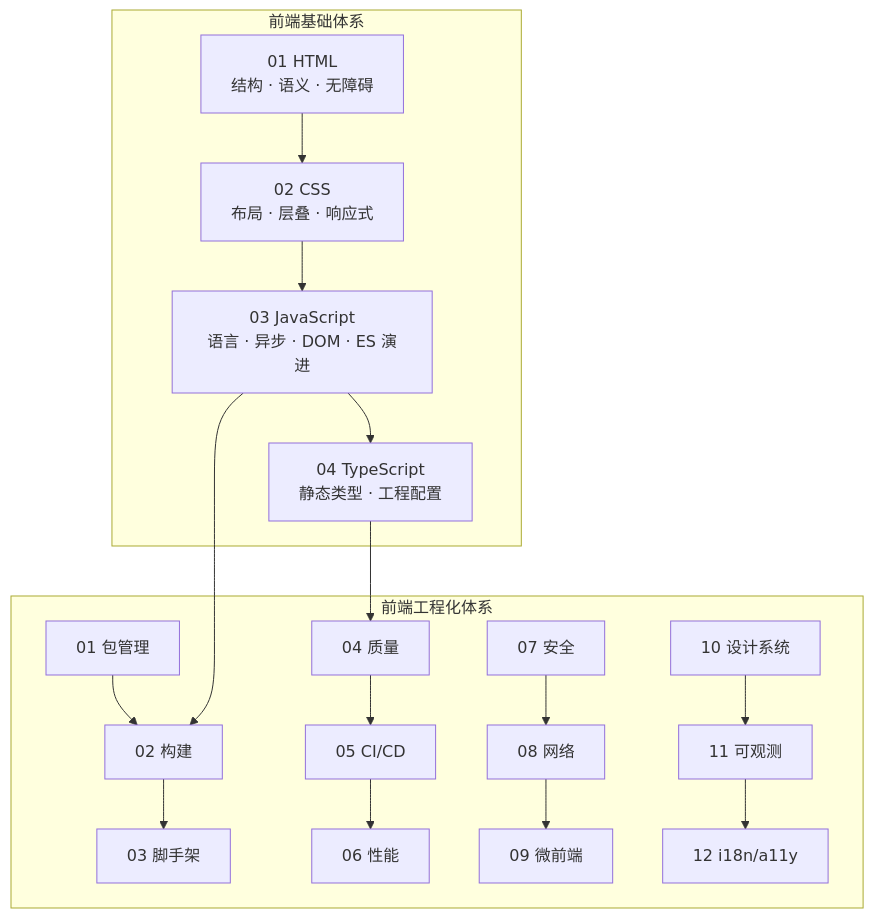
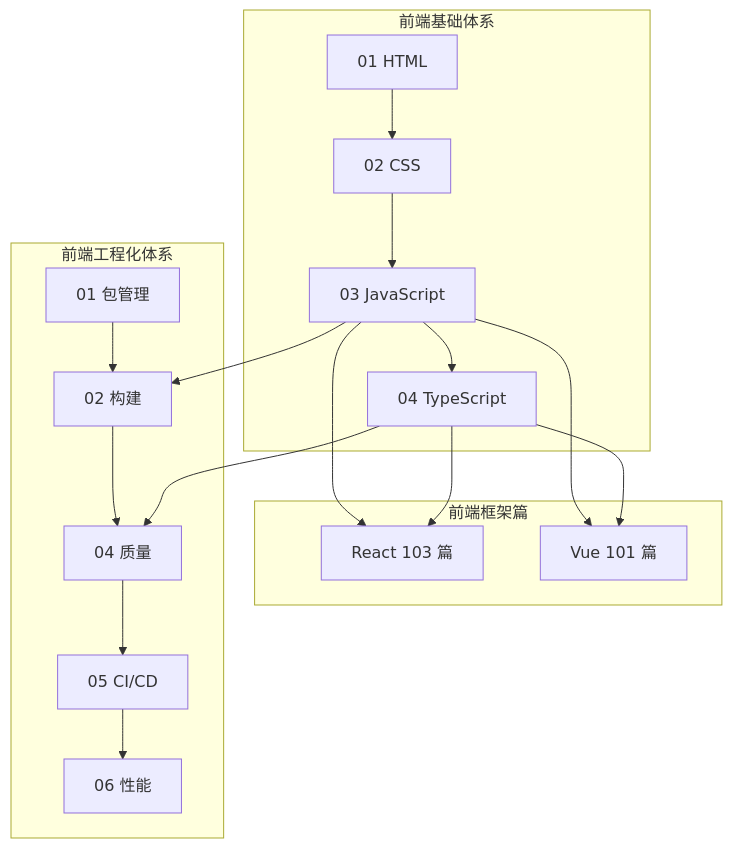
One commit to YancyZ/Knowledge-base changed the diagram in README.md. Above: the diagram before and after it, drawn with Mermaid. The commit also changed other lines of this file and 224 other files, not shown here.

````diff
--- a/README.md
+++ b/README.md
@@ -20,18 +43,26 @@
 ```mermaid
 flowchart TB
   subgraph base [前端基础体系]
-    HTML[01 HTML<br/>结构 · 语义 · 无障碍]
-    CSS[02 CSS<br/>布局 · 层叠 · 响应式]
-    JS[03 JavaScript<br/>语言 · 异步 · DOM · ES 演进]
-    TS[04 TypeScript<br/>静态类型 · 工程配置]
+    HTML[01 HTML]
+    CSS[02 CSS]
+    JS[03 JavaScript]
+    TS[04 TypeScript]
     HTML --> CSS --> JS --> TS
   end
+  subgraph fw [前端框架篇]
+    R[React 103 篇]
+    V[Vue 101 篇]
+  end
   subgraph eng [前端工程化体系]
-    PKG[01 包管理] --> BUILD[02 构建] --> SCAF[03 脚手架]
-    QUAL[04 质量] --> CICD[05 CI/CD] --> PERF[06 性能]
-    SEC[07 安全] --> NET[08 网络] --> MF[09 微前端]
-    DS[10 设计系统] --> OBS[11 可观测] --> I18N[12 i18n/a11y]
+    E01[01 包管理] --> E02[02 构建]
+    E02 --> E04[04 质量]
+    E04 --> E05[05 CI/CD]
+    E05 --> E06[06 性能]
   end
-  JS --> BUILD
-  TS --> QUAL
+  JS --> R
+  JS --> V
+  TS --> R
+  TS --> V
+  JS --> E02
+  TS --> E04
 ```
````
